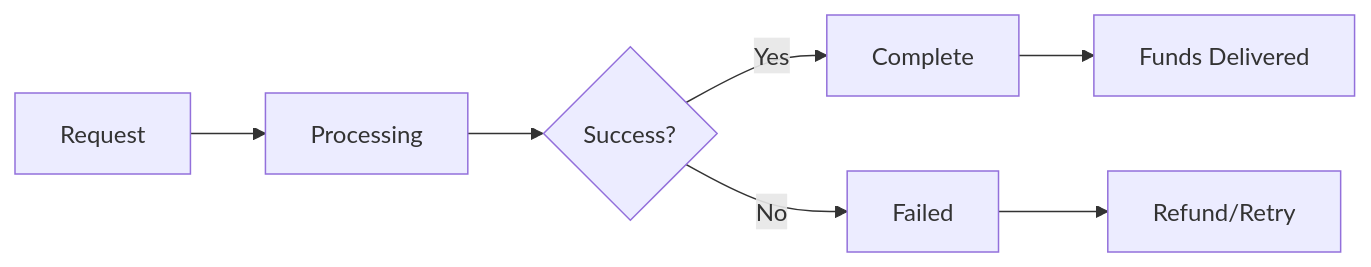
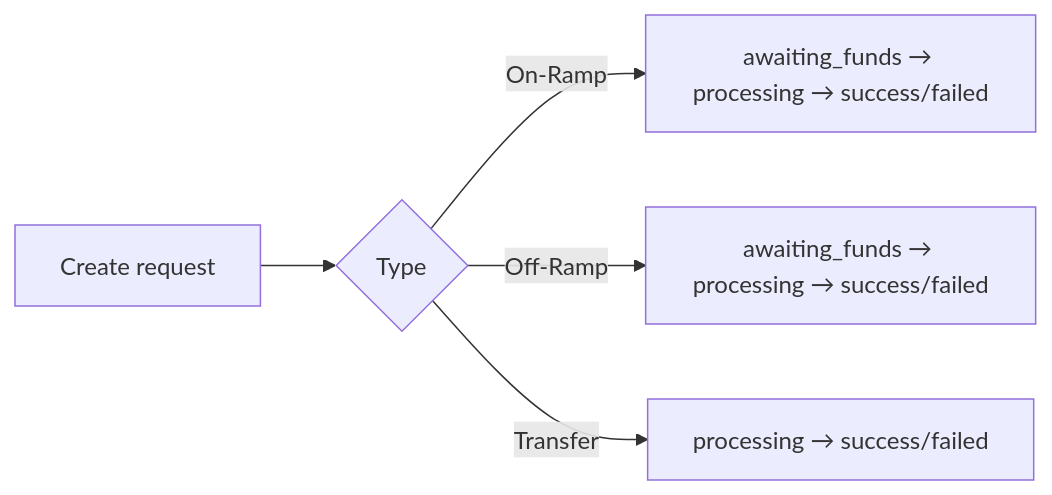
One commit to polverelli/mintlify-docs changed the diagram in concepts/transactions.mdx. Above: the diagram before and after it, drawn with Mermaid. The commit also changed other lines of this file and 4 other files, not shown here.

````diff
--- a/concepts/transactions.mdx
+++ b/concepts/transactions.mdx
@@ -132,9 +71,7 @@
 ```mermaid
-graph LR
-    A[Request] --> B[Processing]
-    B --> C{Success?}
-    C -->|Yes| D[Complete]
-    C -->|No| E[Failed]
-    D --> F[Funds Delivered]
-    E --> G[Refund/Retry]
+flowchart LR
+  A[Create request] --> B{Type}
+  B -->|On-Ramp| C1[awaiting_funds → processing → success/failed]
+  B -->|Off-Ramp| C2[awaiting_funds → processing → success/failed]
+  B -->|Transfer| C3[processing → success/failed]
 ```
````
